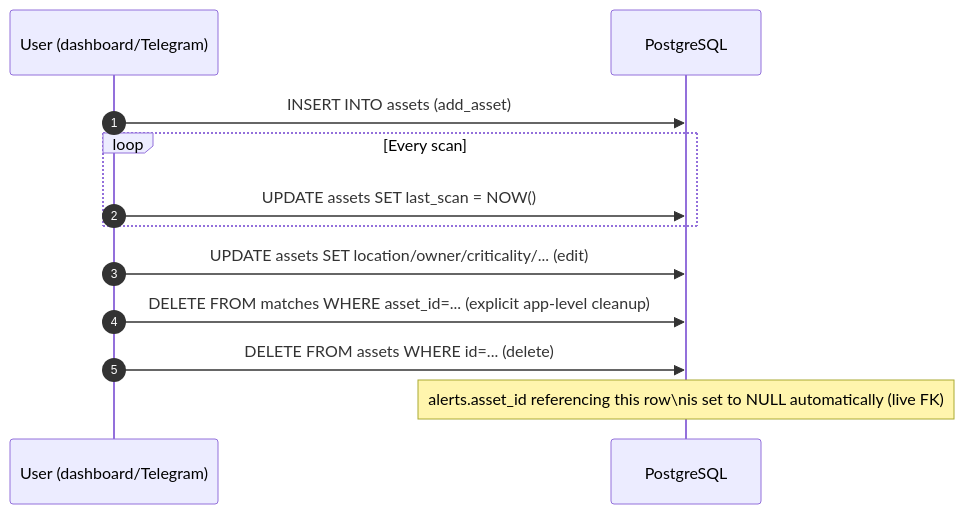
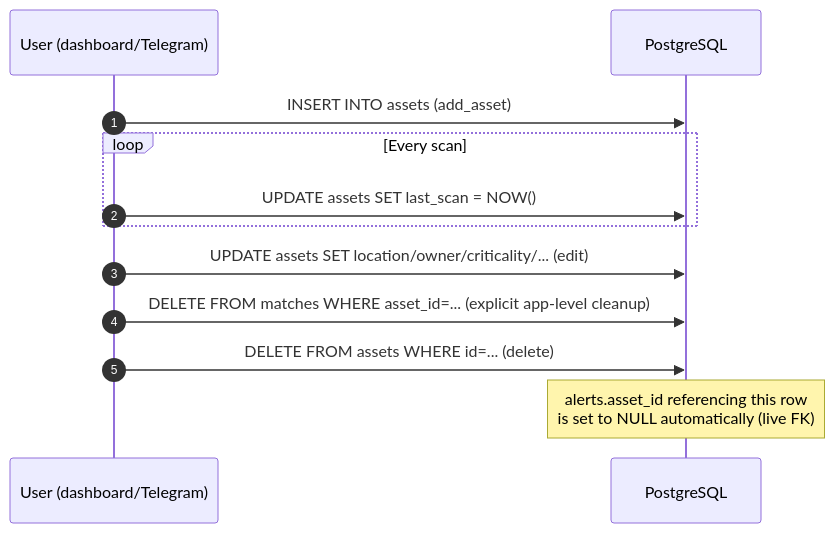
Before and after one commit to demuuus/argus: the fifth of 9 diagrams in docs/DATABASE.md, drawn with Mermaid. The commit also changed other lines of this file and 1 other file, not shown here.

````diff
--- a/docs/DATABASE.md
+++ b/docs/DATABASE.md
@@ -678,15 +678,15 @@
 ```mermaid
 sequenceDiagram
     autonumber
     participant U as User (dashboard/Telegram)
     participant DB as PostgreSQL
 
     U->>DB: INSERT INTO assets (add_asset)
     loop Every scan
         U->>DB: UPDATE assets SET last_scan = NOW()
     end
     U->>DB: UPDATE assets SET location/owner/criticality/... (edit)
     U->>DB: DELETE FROM matches WHERE asset_id=... (explicit app-level cleanup)
     U->>DB: DELETE FROM assets WHERE id=... (delete)
-    Note over DB: alerts.asset_id referencing this row\nis set to NULL automatically (live FK)
+    Note over DB: alerts.asset_id referencing this row<br/>is set to NULL automatically (live FK)
 ```
````
